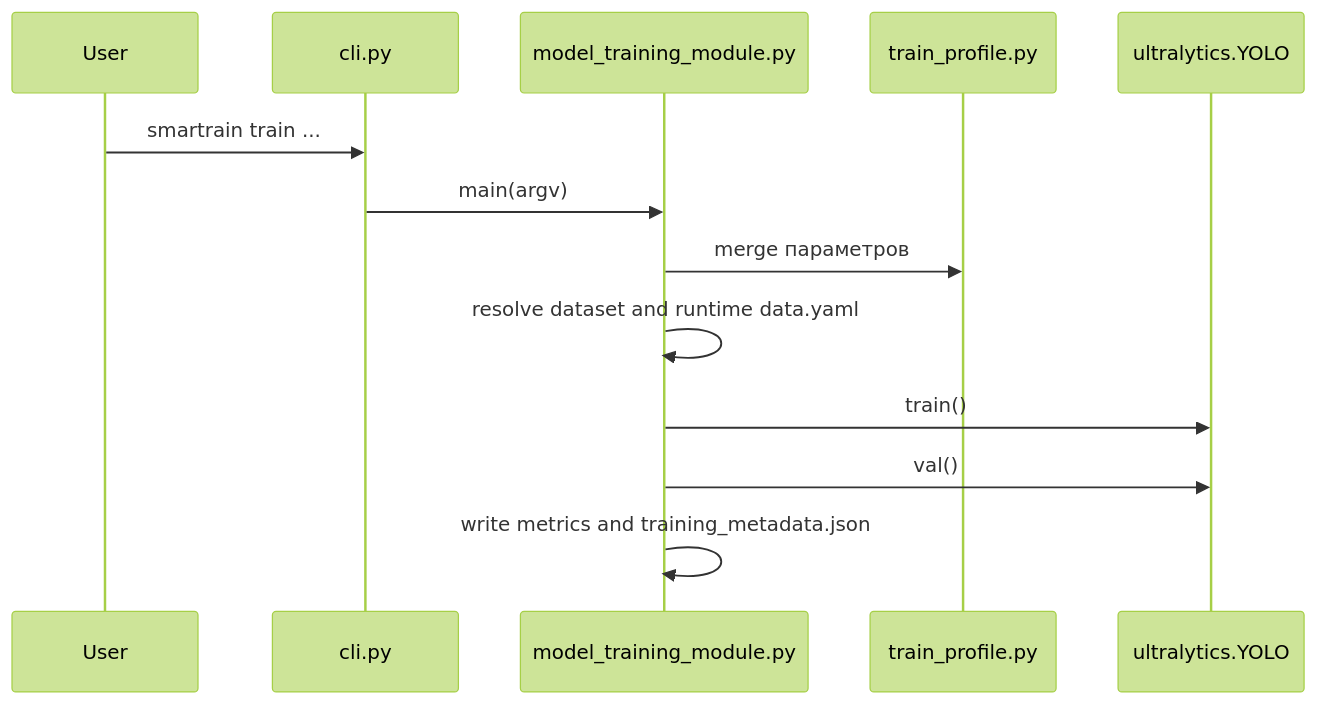
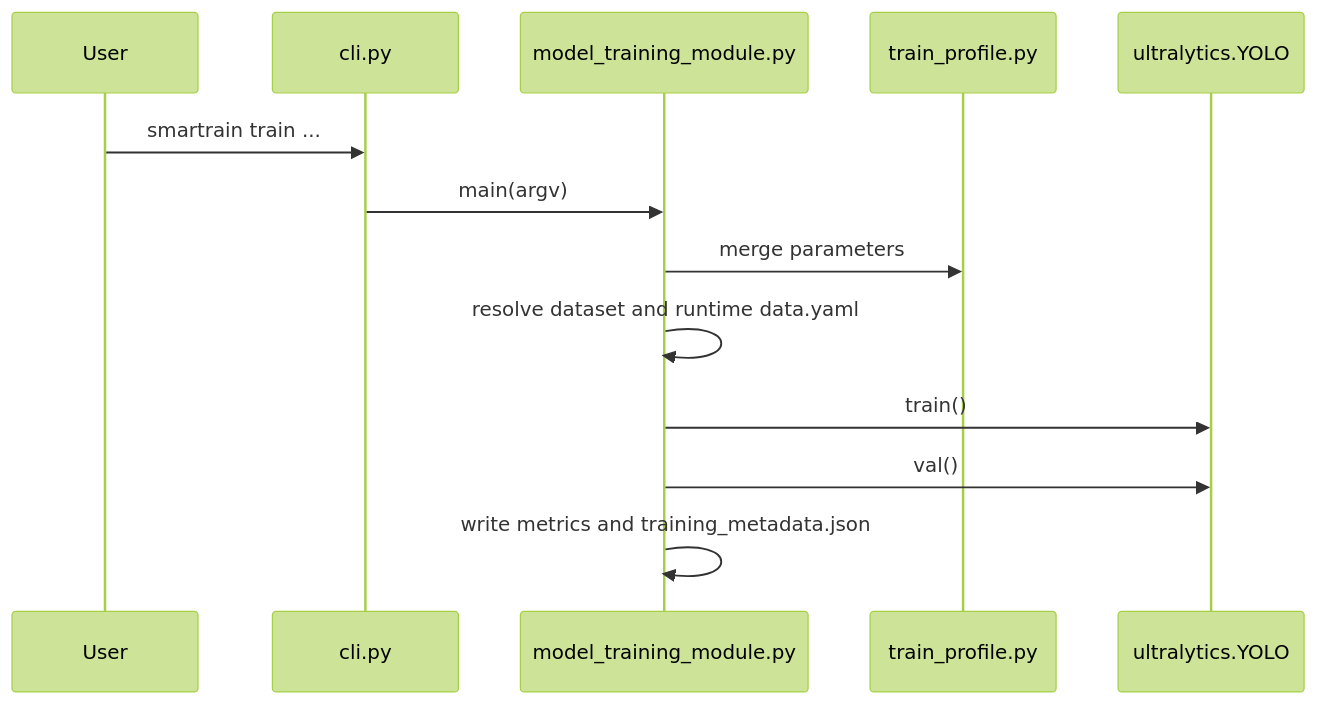
The second of 6 diagrams in docs/development/architecture.md (aicommunity/SmarTrain), drawn with Mermaid (forest theme) before and after one commit. The commit also changed other lines of this file and 53 other files, not shown here.

````diff
--- a/docs/development/architecture.md
+++ b/docs/development/architecture.md
@@ -27,15 +29,15 @@
 ```mermaid
 sequenceDiagram
   participant User
   participant CLI as cli.py
   participant Train as model_training_module.py
   participant Profile as train_profile.py
   participant YOLO as ultralytics.YOLO
   User->>CLI: smartrain train ...
   CLI->>Train: main(argv)
-  Train->>Profile: merge параметров
+  Train->>Profile: merge parameters
   Train->>Train: resolve dataset and runtime data.yaml
   Train->>YOLO: train()
   Train->>YOLO: val()
   Train->>Train: write metrics and training_metadata.json
 ```
````
